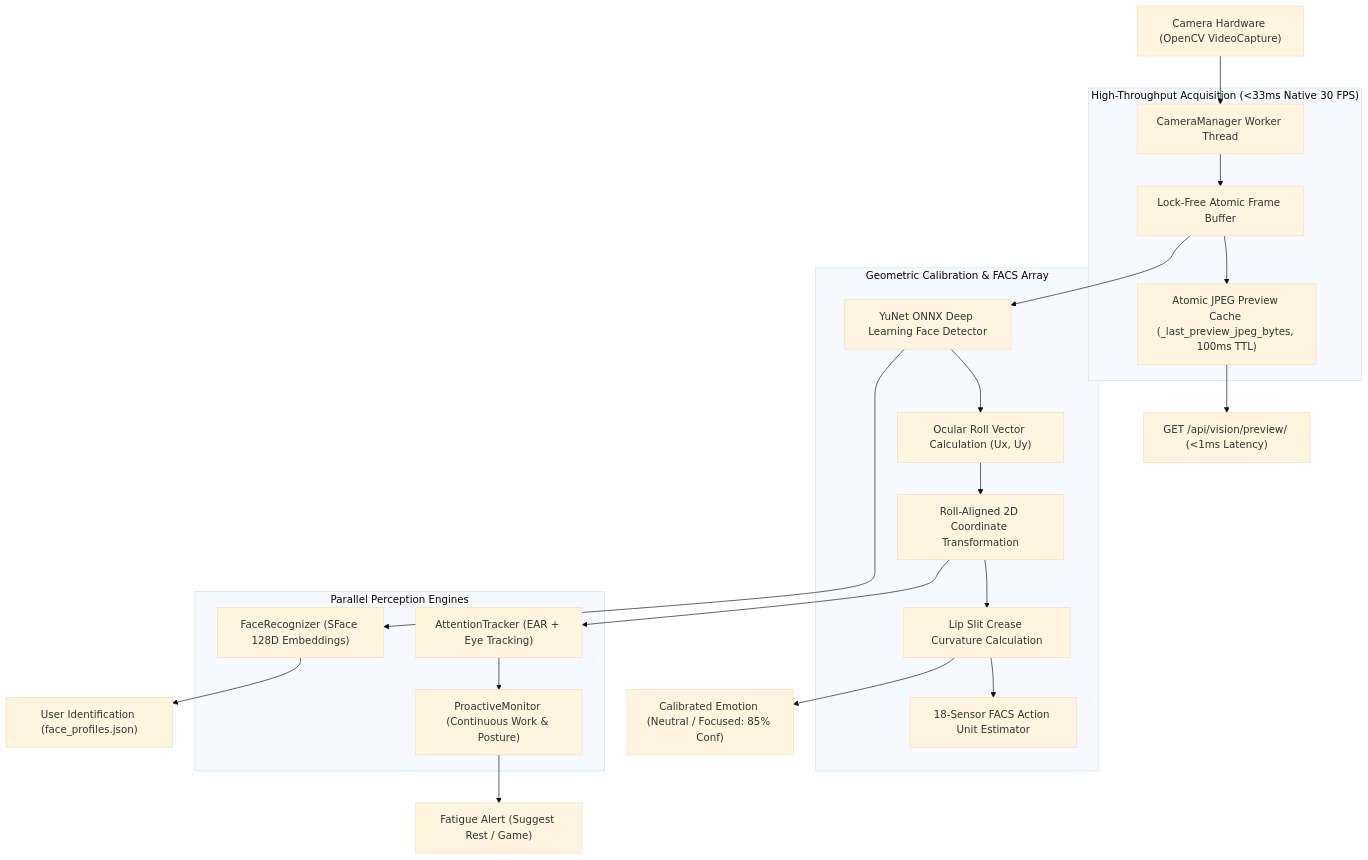
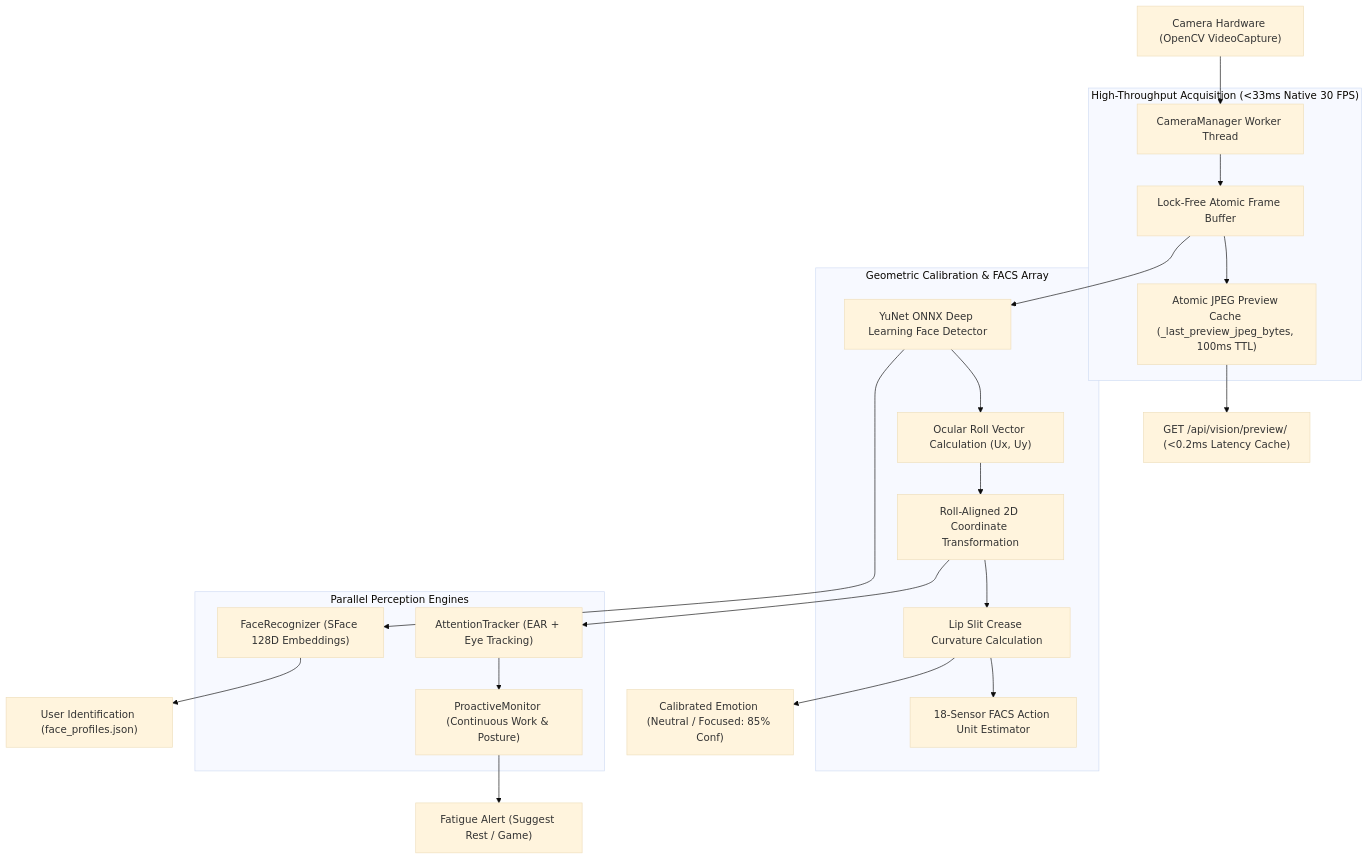
One commit to sn740698-cell/Momo_tech changed the third of 8 diagrams in README.md. Above: the diagram before and after it, drawn with Mermaid (base theme). The commit also changed other lines of this file and 10 other files, not shown here.

First line of the commit message:
fix(vision,crawling): resolve web crawl hallucinations and video preview buffering

````diff
--- a/README.md
+++ b/README.md
@@ -219,29 +219,29 @@
 ```mermaid
 flowchart TD
     RawFrame["Camera Hardware (OpenCV VideoCapture)"] --> CamWorker["CameraManager Worker Thread"]
     
     subgraph AcquisitionLoop ["High-Throughput Acquisition (<33ms Native 30 FPS)"]
         CamWorker --> FrameBuffer["Lock-Free Atomic Frame Buffer"]
         FrameBuffer --> JPEGCache["Atomic JPEG Preview Cache (_last_preview_jpeg_bytes, 100ms TTL)"]
     end
 
     FrameBuffer --> FaceDetect["YuNet ONNX Deep Learning Face Detector"]
 
     subgraph LandmarkAndFACS ["Geometric Calibration & FACS Array"]
         FaceDetect --> RollVector["Ocular Roll Vector Calculation (Ux, Uy)"]
         RollVector --> TransformSpace["Roll-Aligned 2D Coordinate Transformation"]
         TransformSpace --> LipCrease["Lip Slit Crease Curvature Calculation"]
         LipCrease --> FACS18["18-Sensor FACS Action Unit Estimator"]
     end
 
     subgraph PerceptionPipelines ["Parallel Perception Engines"]
         TransformSpace --> AttentionEngine["AttentionTracker (EAR + Eye Tracking)"]
         AttentionEngine --> FatigueEngine["ProactiveMonitor (Continuous Work & Posture)"]
         FaceDetect --> IdentityEngine["FaceRecognizer (SFace 128D Embeddings)"]
     end
 
     LipCrease --> CleanEmotion["Calibrated Emotion (Neutral / Focused: 85% Conf)"]
     FatigueEngine --> FatigueSignal["Fatigue Alert (Suggest Rest / Game)"]
     IdentityEngine --> KnownUser["User Identification (face_profiles.json)"]
-    JPEGCache --> PreviewAPI["GET /api/vision/preview/ (<1ms Latency)"]
+    JPEGCache --> PreviewAPI["GET /api/vision/preview/ (<0.2ms Latency Cache)"]
 ```
````
